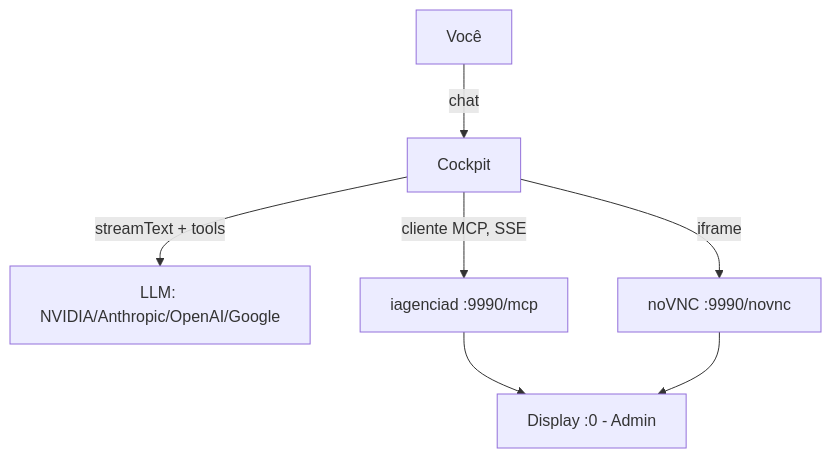
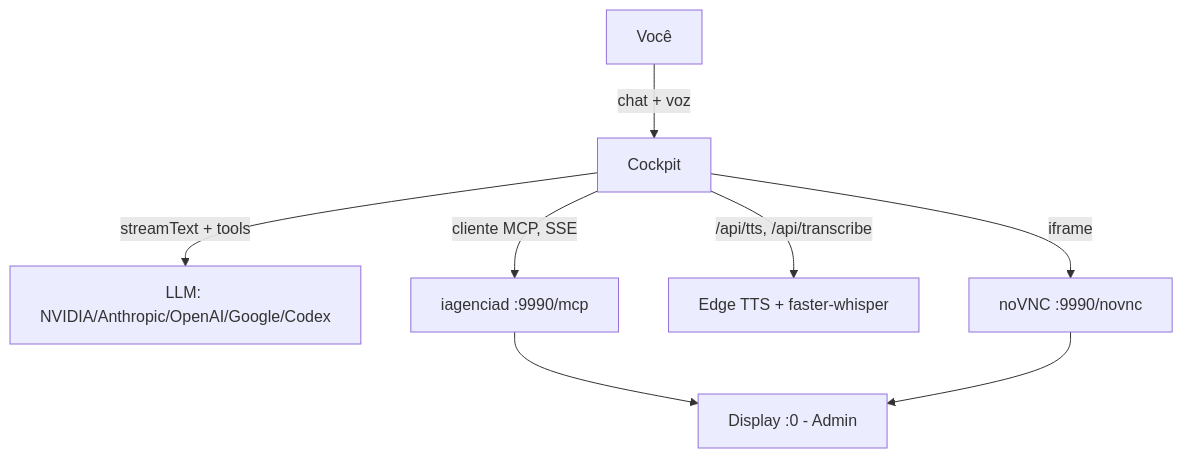
One commit to dotojr123/open-infra-agent-v2 changed the second of 2 diagrams in DOCUMENTACAO_PLATAFORMA.md. Above: the diagram before and after it, drawn with Mermaid. The commit also changed other lines of this file and 2 other files, not shown here.

First line of the commit message:
docs(cockpit): document auth, persistence, voice I/O, and prod deploy pattern

````diff
--- a/DOCUMENTACAO_PLATAFORMA.md
+++ b/DOCUMENTACAO_PLATAFORMA.md
@@ -85,9 +88,10 @@
 ```mermaid
 graph TD
-    Você -->|chat| Cockpit
-    Cockpit -->|streamText + tools| Brain[LLM: NVIDIA/Anthropic/OpenAI/Google]
+    Você -->|chat + voz| Cockpit
+    Cockpit -->|streamText + tools| Brain[LLM: NVIDIA/Anthropic/OpenAI/Google/Codex]
     Cockpit -->|cliente MCP, SSE| MCP[iagenciad :9990/mcp]
+    Cockpit -->|/api/tts, /api/transcribe| Voz[Edge TTS + faster-whisper]
     MCP --> Ambiente1[Display :0 - Admin]
     Cockpit -->|iframe| NoVNC[noVNC :9990/novnc]
     NoVNC --> Ambiente1
 ```
````
